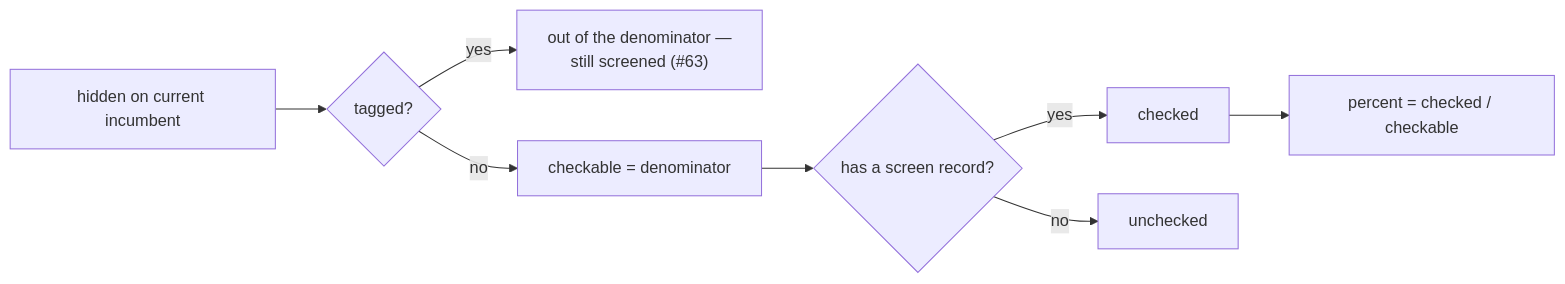
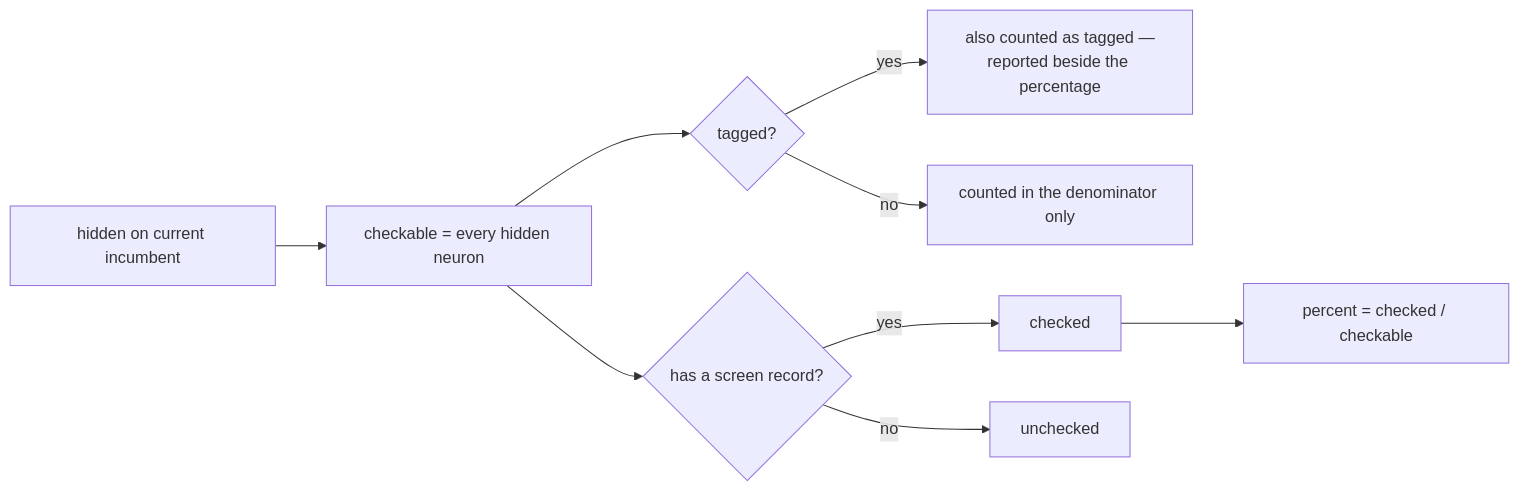
The fourth of 8 diagrams in README.md (stSoftwareAU/NEAT-AI-Ockham), drawn with Mermaid before and after one commit. The commit also changed other lines of this file and 9 other files, not shown here.

First line of the commit message:
🪒 Coverage: count every hidden neuron in the denominator, including tagged ones (Issue #74) (#80)

````diff
--- a/README.md
+++ b/README.md
@@ -390,10 +394,11 @@
 ```mermaid
 flowchart LR
-    H["hidden on current incumbent"] --> T{"tagged?"}
-    T -->|yes| K["out of the denominator —<br/>still screened (#63)"]
-    T -->|no| C["checkable = denominator"]
+    H["hidden on current incumbent"] --> C["checkable = every hidden neuron"]
+    C --> T{"tagged?"}
+    T -->|yes| G["also counted as tagged —<br/>reported beside the percentage"]
+    T -->|no| N["counted in the denominator only"]
     C --> S{"has a screen record?"}
     S -->|yes| D["checked"]
     S -->|no| U["unchecked"]
     D --> P["percent = checked / checkable"]
 ```
````
